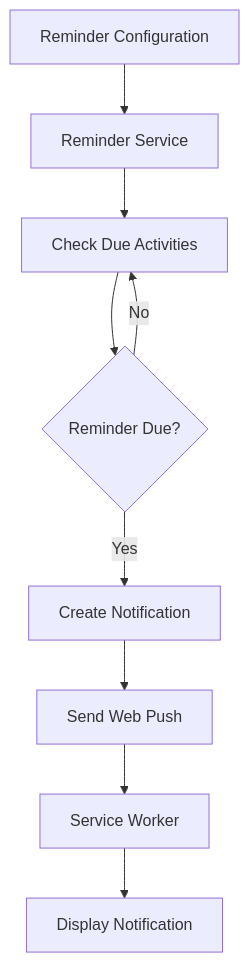
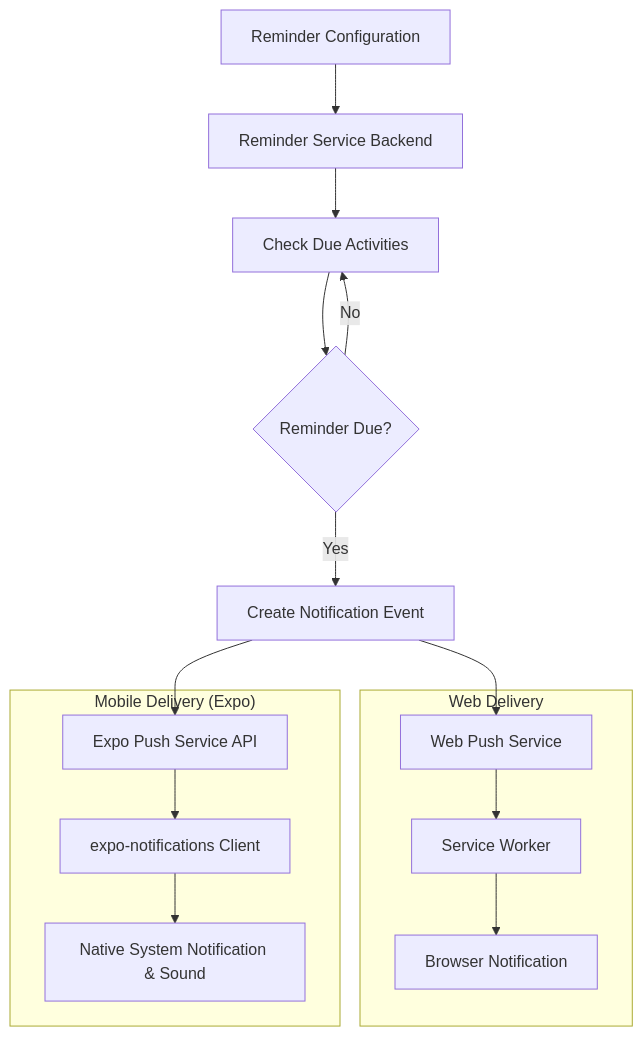
One commit to billiampalad/clynflow-workspace changed the fourth of 4 diagrams in docs/architecture.md. Above: the diagram before and after it, drawn with Mermaid. The commit also changed other lines of this file and 4 other files, not shown here.

````diff
--- a/docs/architecture.md
+++ b/docs/architecture.md
@@ -838,15 +928,26 @@
 ```mermaid
 flowchart TD
     A[Reminder Configuration]
-    B[Reminder Service]
+    B[Reminder Service Backend]
     C[Check Due Activities]
     D{Reminder Due?}
-    E[Create Notification]
-    F[Send Web Push]
-    G[Service Worker]
-    H[Display Notification]
+    E[Create Notification Event]
+
+    subgraph WEB["Web Delivery"]
+        F1[Web Push Service]
+        G1[Service Worker]
+        H1[Browser Notification]
+    end
+
+    subgraph MOBILE["Mobile Delivery (Expo)"]
+        F2[Expo Push Service API]
+        G2[expo-notifications Client]
+        H2[Native System Notification & Sound]
+    end
 
     A --> B --> C --> D
-    D -->|Yes| E --> F --> G --> H
+    D -->|Yes| E
+    E --> F1 --> G1 --> H1
+    E --> F2 --> G2 --> H2
     D -->|No| C
 ```
````
